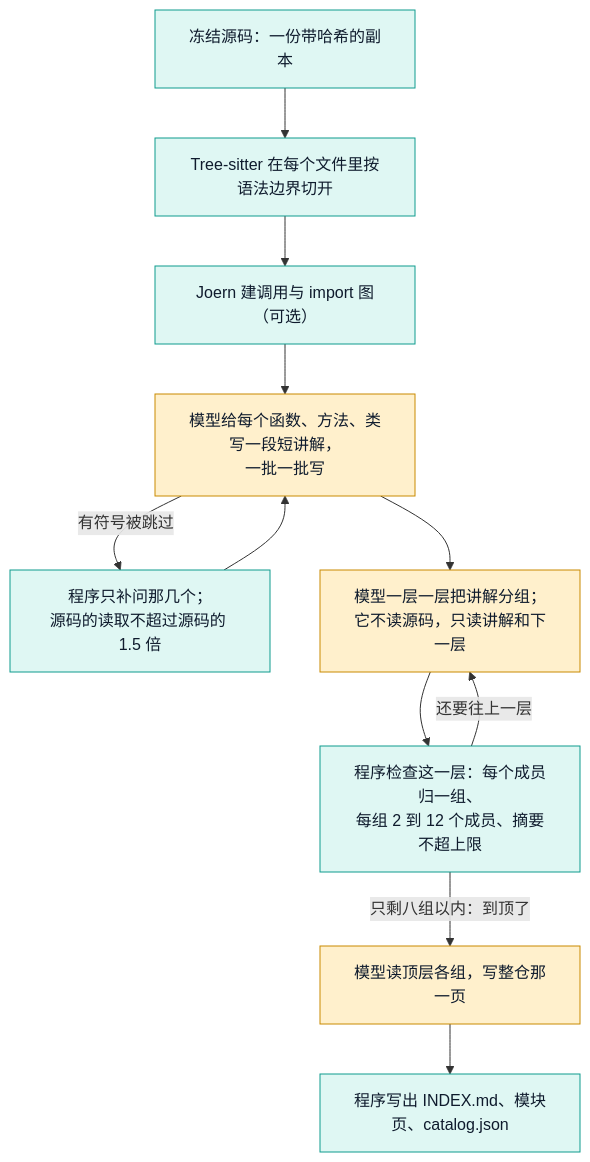
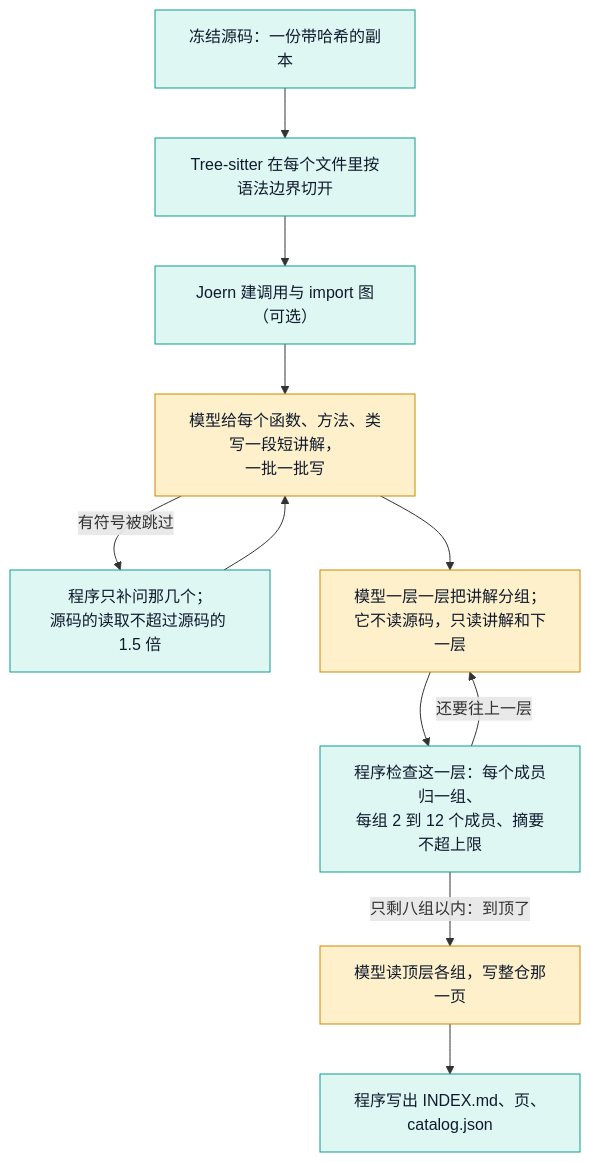
The first of 2 diagrams in README.zh-CN.md (zlxdengtianhei/codebase-explorer), drawn with Mermaid before and after one commit. The commit also changed other lines of this file and 19 other files, not shown here.

````diff
--- a/README.zh-CN.md
+++ b/README.zh-CN.md
@@ -86,17 +86,17 @@
 ```mermaid
 flowchart TD
   A["冻结源码：一份带哈希的副本"] --> B["Tree-sitter 在每个文件里按语法边界切开"]
   B --> C["Joern 建调用与 import 图（可选）"]
   C --> D["模型给每个函数、方法、类写一段短讲解，<br/>一批一批写"]
   D -->|"有符号被跳过"| D2["程序只补问那几个；<br/>源码的读取不超过源码的 1.5 倍"]
   D2 --> D
   D --> F["模型一层一层把讲解分组；<br/>它不读源码，只读讲解和下一层"]
   F --> E["程序检查这一层：每个成员归一组、<br/>每组 2 到 12 个成员、摘要不超上限"]
   E -->|"还要往上一层"| F
   E -->|"只剩八组以内：到顶了"| G["模型读顶层各组，写整仓那一页"]
-  G --> H["程序写出 INDEX.md、模块页、catalog.json"]
+  G --> H["程序写出 INDEX.md、页、catalog.json"]
   classDef program fill:#dff7f3,stroke:#0f9b8e,color:#0f1b2d
   classDef model fill:#fff0cc,stroke:#c98a00,color:#0f1b2d
   class A,B,C,D2,E,H program
   class D,F,G model
 ```
````
